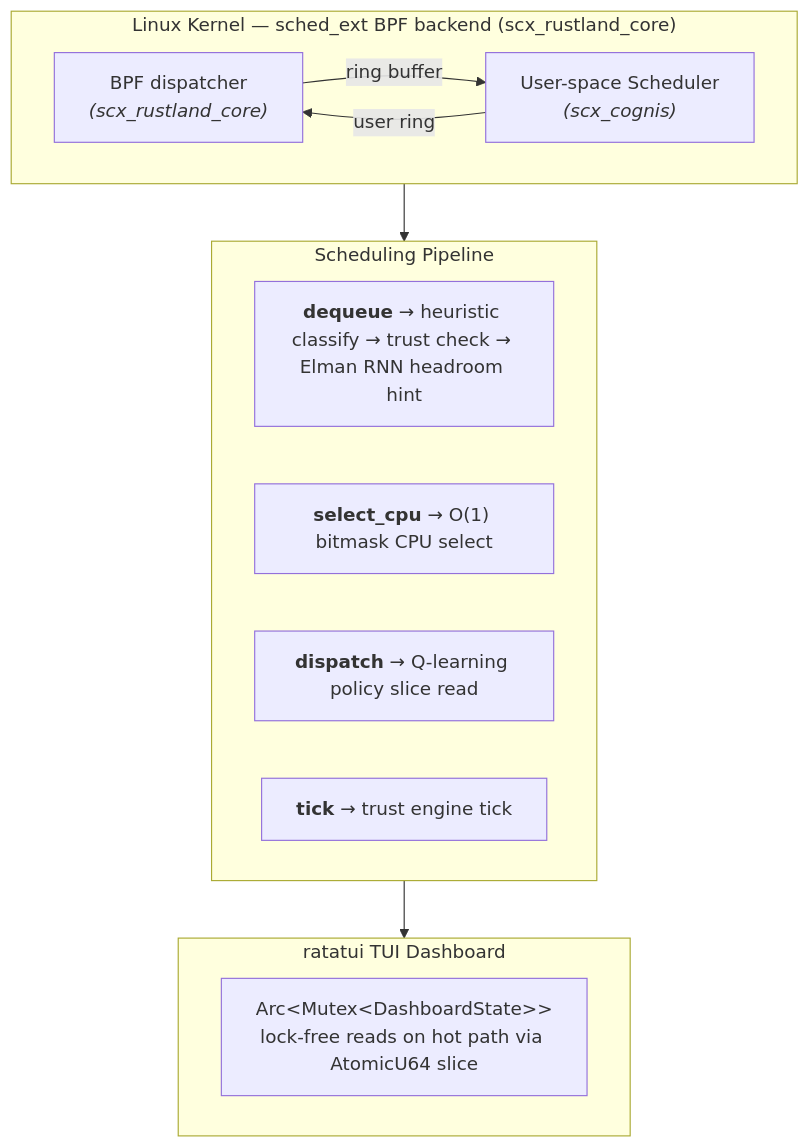
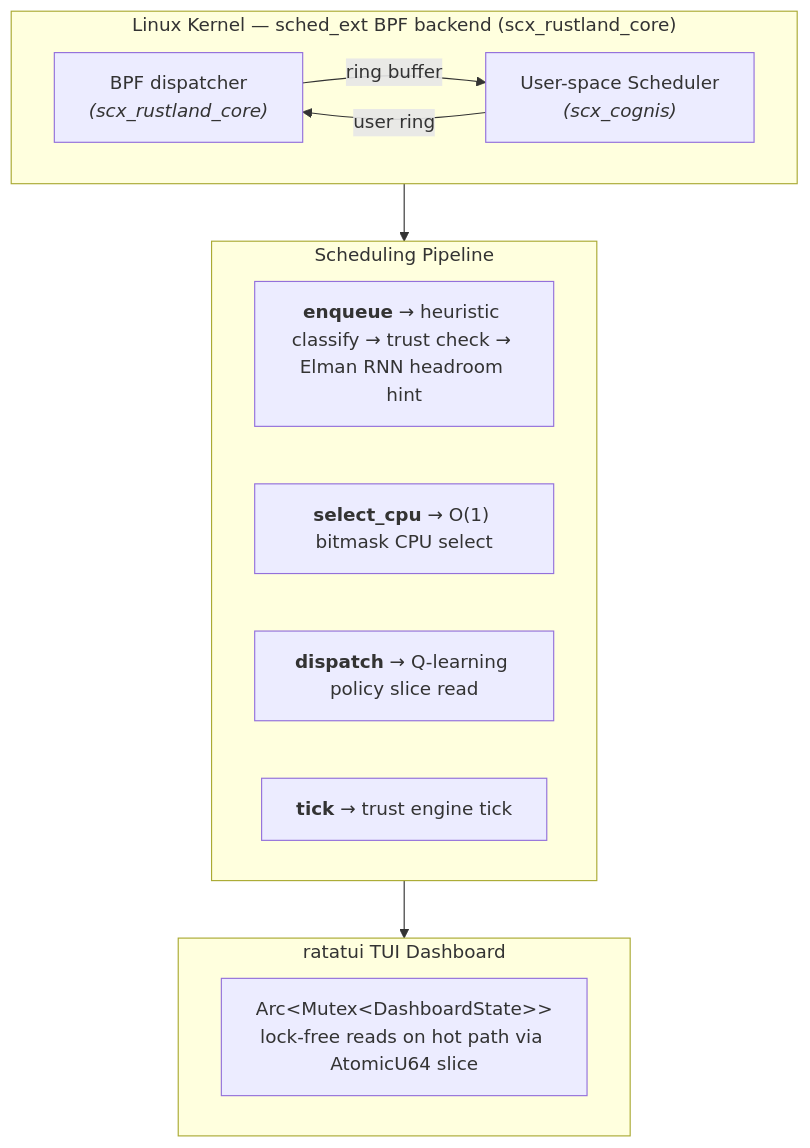
Before and after one commit to galpt/scx_cognis: the diagram in README.md, drawn with Mermaid. The commit also changed other lines of this file, not shown here.

````diff
--- a/README.md
+++ b/README.md
@@ -290,27 +296,27 @@
 ```mermaid
 flowchart TD
     subgraph Kernel["Linux Kernel — sched_ext BPF backend (scx_rustland_core)"]
         direction LR
         BPF["`BPF dispatcher
         *(scx_rustland_core)*`"]
         US["`User-space Scheduler
         *(scx_cognis)*`"]
         BPF -- "ring buffer" --> US
         US -- "user ring" --> BPF
     end
 
     subgraph Pipeline["Scheduling Pipeline"]
-        P1["`**dequeue** → heuristic classify → trust check → Elman RNN headroom hint`"]
+        P1["`**enqueue** → heuristic classify → trust check → Elman RNN headroom hint`"]
         P2["`**select_cpu** → O(1) bitmask CPU select`"]
         P3["`**dispatch** → Q-learning policy slice read`"]
         P4["`**tick** → trust engine tick`"]
     end
 
     subgraph TUI["ratatui TUI Dashboard"]
         DS["`Arc&lt;Mutex&lt;DashboardState&gt;&gt;
         lock-free reads on hot path via AtomicU64 slice`"]
     end
 
     Kernel --> Pipeline
     Pipeline --> TUI
 ```
````
